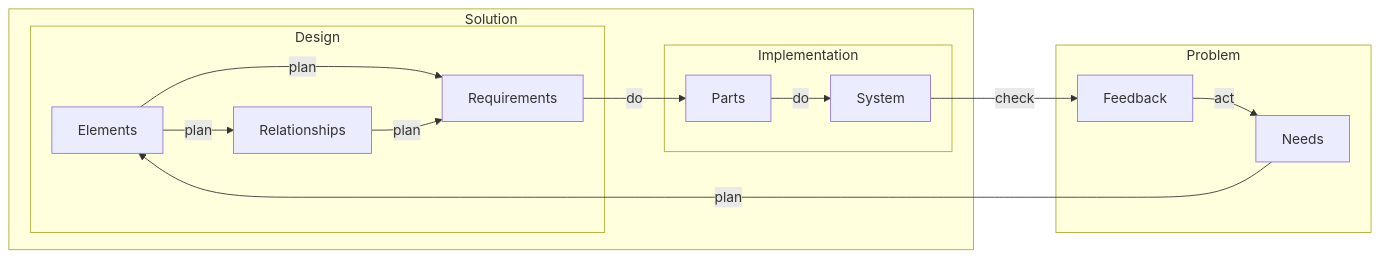
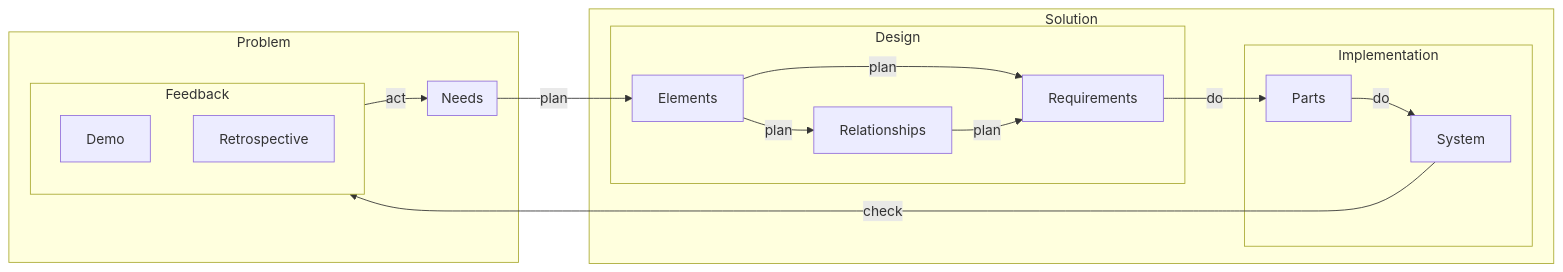
One commit to firstprinciplesthinking/paper_development_lifecycle changed the ninth of 10 diagrams in README.md. Above: the diagram before and after it, drawn with Mermaid. The commit also changed other lines of this file, not shown here.

````diff
--- a/README.md
+++ b/README.md
@@ -166,28 +200,32 @@
 ```mermaid
    flowchart LR
       subgraph Solution
         subgraph Design
             Elements
             Relationships
             Requirements
          end
          subgraph Implementation
             Parts
             System
          end
       end
       
       subgraph Problem
-         Needs
-         Feedback
+         subgraph Needs
+         end
+         subgraph Feedback
+            Demo
+            Retrospective
+         end
       end
 
       Needs--"plan"-->Elements
       Elements--"plan"-->Requirements
       Elements--"plan"-->Relationships
       Relationships--"plan"-->Requirements
       Requirements--"do"-->Parts
       Parts--"do"-->System
       System--"check"-->Feedback
       Feedback--"act"-->Needs
 ```
````
